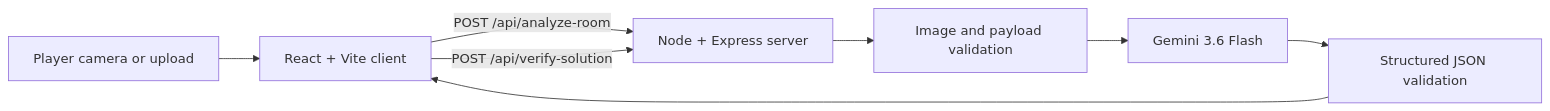
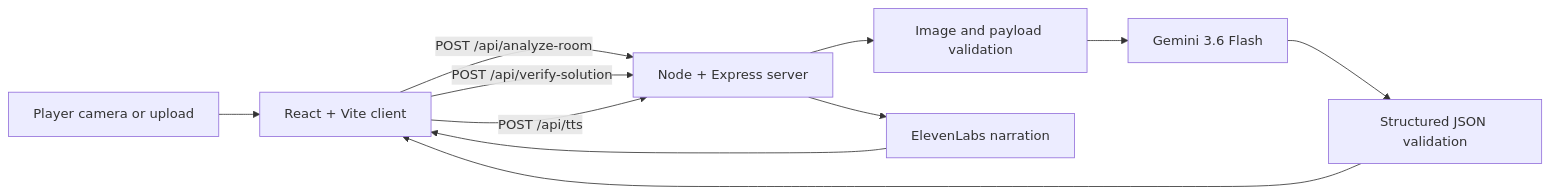
The diagram in README.md (zidanefrost/pocket_detective), drawn with Mermaid before and after one commit. The commit also changed other lines of this file and 9 other files, not shown here.

````diff
--- a/README.md
+++ b/README.md
@@ -111,10 +114,13 @@
 ```mermaid
 flowchart LR
     Player["Player camera or upload"] --> React["React + Vite client"]
     React -->|"POST /api/analyze-room"| Express["Node + Express server"]
     React -->|"POST /api/verify-solution"| Express
+    React -->|"POST /api/tts"| Express
     Express --> Validation["Image and payload validation"]
     Validation --> Gemini["Gemini 3.6 Flash"]
     Gemini --> Structured["Structured JSON validation"]
     Structured --> React
+    Express --> ElevenLabs["ElevenLabs narration"]
+    ElevenLabs --> React
 ```
````
